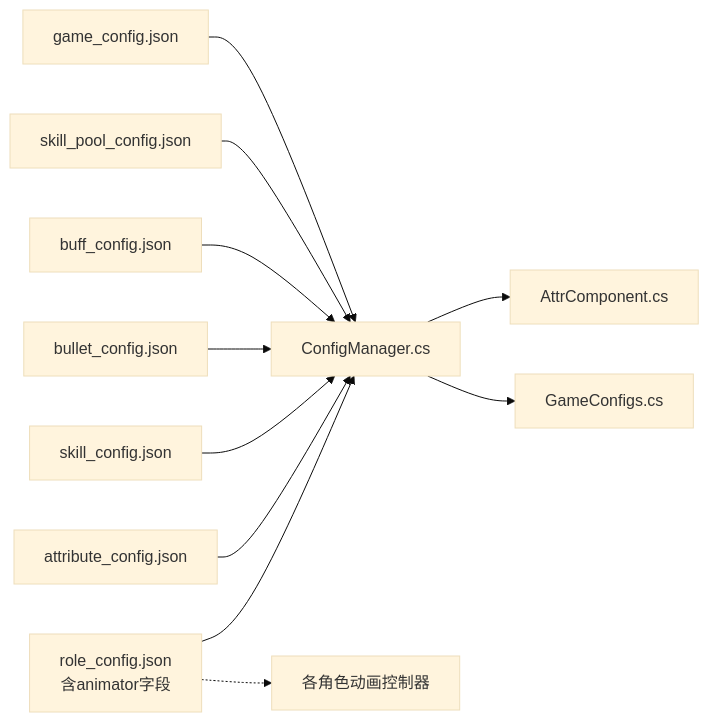
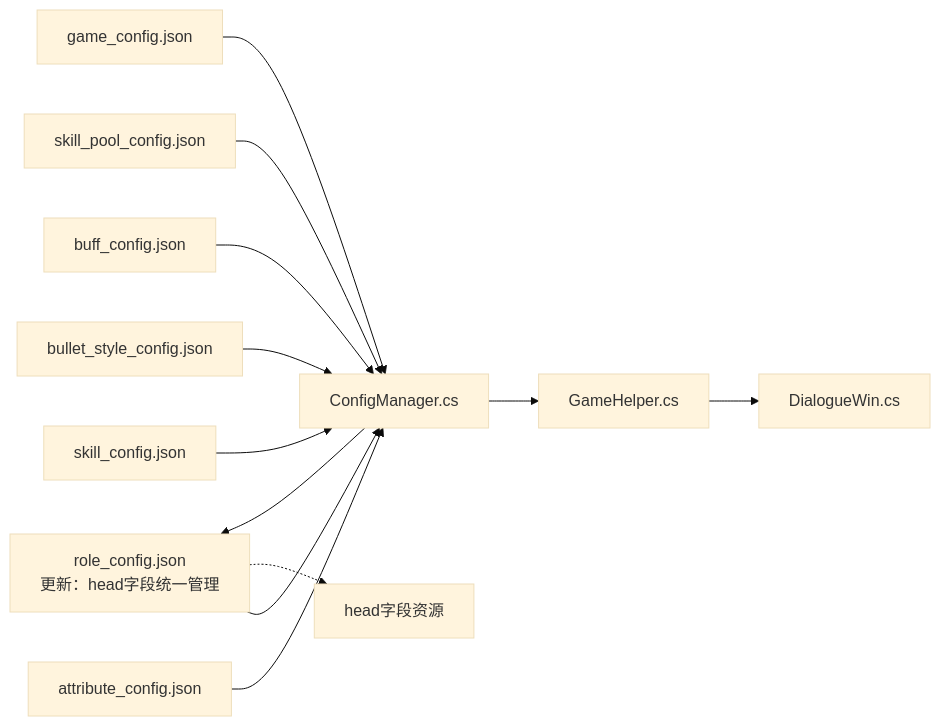
Before and after one commit to Tuusen/p1_client: the fifth of 5 diagrams in .qoder/repowiki/zh/content/配置管理系统/配置文件类型/角色配置文件.md, drawn with Mermaid (base theme). The commit also changed other lines of this file and 36 other files, not shown here.

````diff
--- a/.qoder/repowiki/zh/content/配置管理系统/配置文件类型/角色配置文件.md
+++ b/.qoder/repowiki/zh/content/配置管理系统/配置文件类型/角色配置文件.md
@@ -399,13 +408,14 @@
 ```mermaid
 graph LR
-RC["role_config.json<br/>含animator字段"] --> CM["ConfigManager.cs"]
+RC["role_config.json<br/>更新：head字段统一管理"] --> CM["ConfigManager.cs"]
 AC["attribute_config.json"] --> CM
 SK["skill_config.json"] --> CM
-BC["bullet_config.json"] --> CM
+BS["bullet_style_config.json"] --> CM
 BF["buff_config.json"] --> CM
 SP["skill_pool_config.json"] --> CM
 GC["game_config.json"] --> CM
-CM --> ATC["AttrComponent.cs"]
-CM --> GCFG["GameConfigs.cs"]
-RC -.-> ANIM["各角色动画控制器"]
+CM --> GH["GameHelper.cs"]
+CM --> RC
+GH --> DW["DialogueWin.cs"]
+RC -.-> HEAD["head字段资源"]
 ```
````
